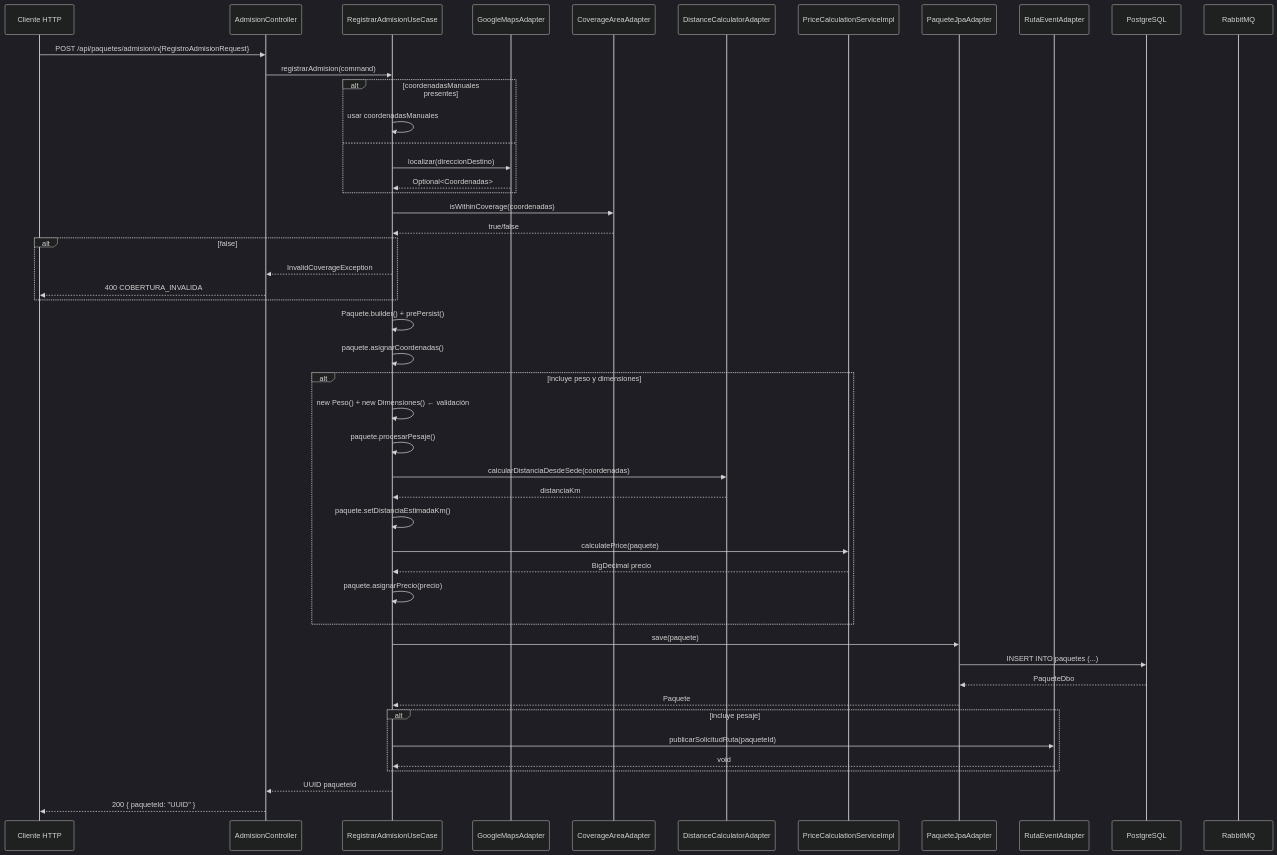
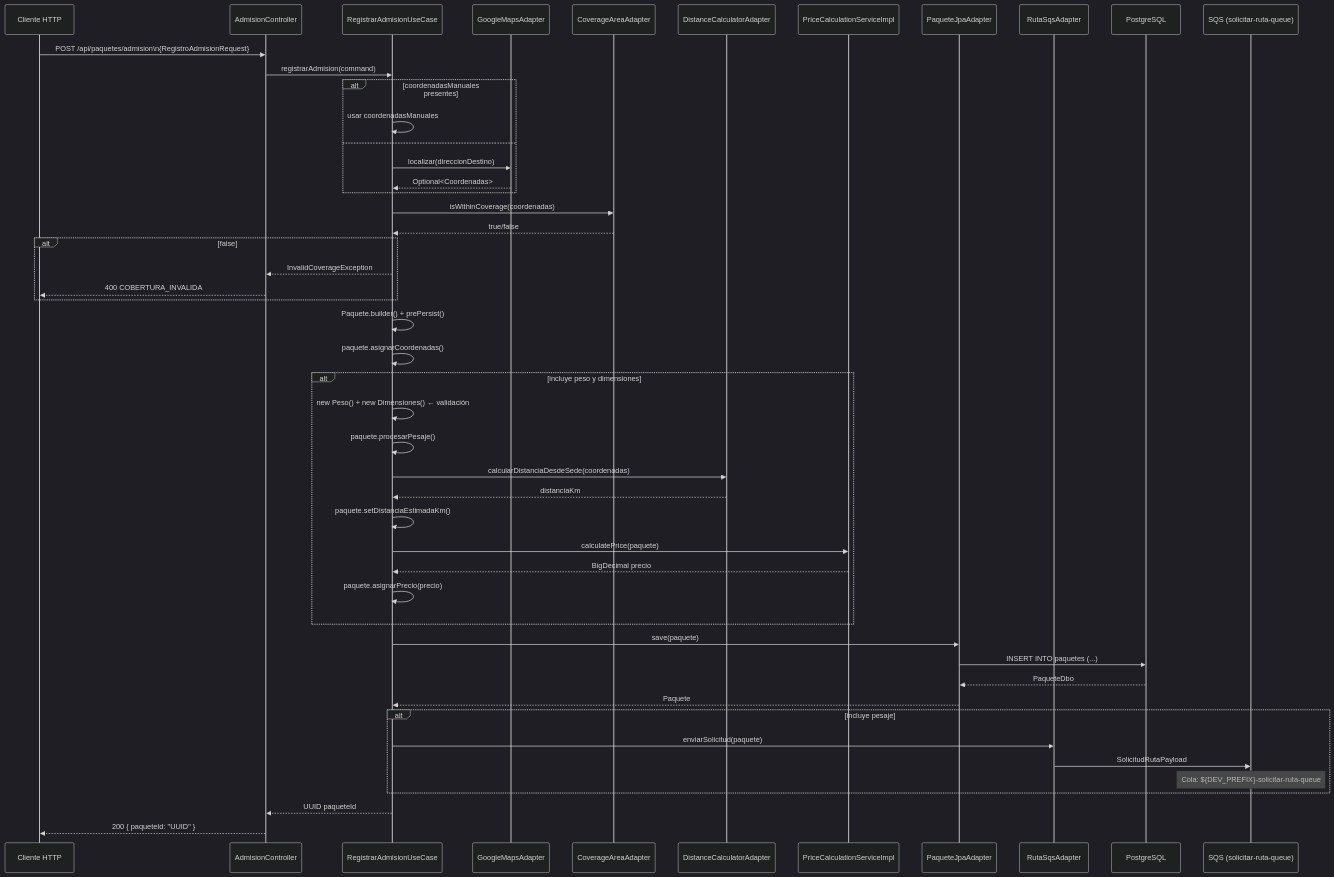
Before and after one commit to InsoftUnimag/20261LogisticsPackages: the first of 7 diagrams in Backend/Externo/Agent/Project/04-Data-Flows.md, drawn with Mermaid (dark theme). The commit also changed other lines of this file and 3 other files, not shown here.

First line of the commit message:
Chore(docs): Sustituye referencias de RabbitMQ por AWS SQS en documentación de agente

````diff
--- a/Backend/Externo/Agent/Project/04-Data-Flows.md
+++ b/Backend/Externo/Agent/Project/04-Data-Flows.md
@@ -5,58 +5,59 @@
 ```mermaid
 sequenceDiagram
     participant C as Cliente HTTP
     participant CTRL as AdmisionController
     participant UC1 as RegistrarAdmisionUseCase
     participant GEO as GoogleMapsAdapter
     participant COV as CoverageAreaAdapter
     participant DIST as DistanceCalculatorAdapter
     participant PRICE as PriceCalculationServiceImpl
     participant REPO as PaqueteJpaAdapter
-    participant EVT as RutaEventAdapter
+    participant EVT as RutaSqsAdapter
     participant DB as PostgreSQL
-    participant MQ as RabbitMQ
+    participant SQS as SQS (solicitar-ruta-queue)
 
     C->>CTRL: POST /api/paquetes/admision\n{RegistroAdmisionRequest}
     CTRL->>UC1: registrarAdmision(command)
     
     alt coordenadasManuales presentes
         UC1->>UC1: usar coordenadasManuales
     else
         UC1->>GEO: localizar(direccionDestino)
         GEO-->>UC1: Optional<Coordenadas>
     end
     
     UC1->>COV: isWithinCoverage(coordenadas)
     COV-->>UC1: true/false
     alt false
         UC1-->>CTRL: InvalidCoverageException
         CTRL-->>C: 400 COBERTURA_INVALIDA
     end
     
     UC1->>UC1: Paquete.builder() + prePersist()
     UC1->>UC1: paquete.asignarCoordenadas()
     
     alt incluye peso y dimensiones
         UC1->>UC1: new Peso() + new Dimensiones() ← validación
         UC1->>UC1: paquete.procesarPesaje()
         UC1->>DIST: calcularDistanciaDesdeSede(coordenadas)
         DIST-->>UC1: distanciaKm
         UC1->>UC1: paquete.setDistanciaEstimadaKm()
         UC1->>PRICE: calculatePrice(paquete)
         PRICE-->>UC1: BigDecimal precio
         UC1->>UC1: paquete.asignarPrecio(precio)
     end
     
     UC1->>REPO: save(paquete)
     REPO->>DB: INSERT INTO paquetes (...)
     DB-->>REPO: PaqueteDbo
     REPO-->>UC1: Paquete
     
     alt incluye pesaje
-        UC1->>EVT: publicarSolicitudRuta(paqueteId)
-        EVT-->>UC1: void
+        UC1->>EVT: enviarSolicitud(paquete)
+        EVT->>SQS: SolicitudRutaPayload
+        Note over SQS: Cola: ${DEV_PREFIX}-solicitar-ruta-queue
     end
     
     UC1-->>CTRL: UUID paqueteId
     CTRL-->>C: 200 { paqueteId: "UUID" }
 ```
````
